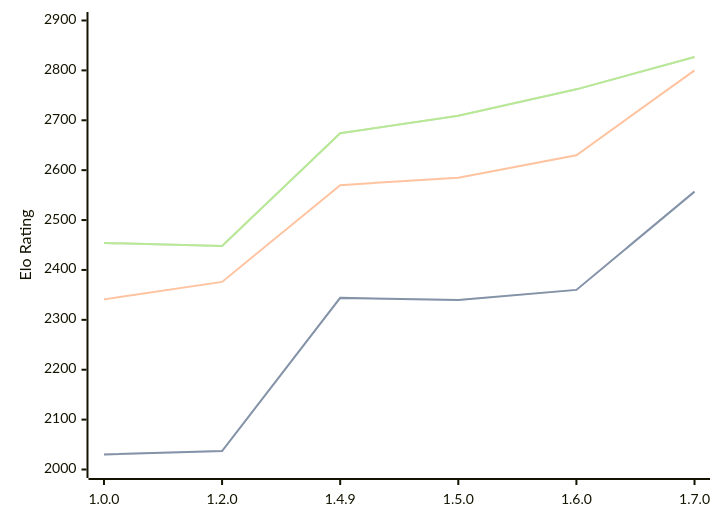
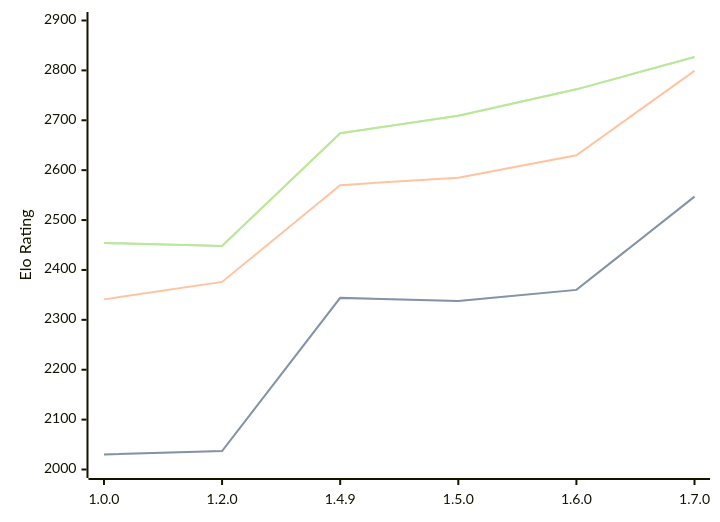
Before and after one commit to computer-chess-index/cci: the first of 3 diagrams in engines/Basilisk.md, drawn with Mermaid. The commit also changed other lines of this file, not shown here.

````diff
--- a/engines/Basilisk.md
+++ b/engines/Basilisk.md
@@ -50,11 +50,11 @@
 ```mermaid
 %%{init: {"theme":"base","themeVariables":{"seriesColors:['#a3a3a3','#222221','#faa371']}}}%%
 xychart-beta
   x-axis ["1.0.0", "1.2.0", "1.4.9", "1.5.0", "1.6.0", "1.7.0"]
   y-axis "Elo Rating" 2000 --> 2900
-  line "STC (8.0+0.08s)" [2030, 2037, 2344, 2340, 2360, 2557]
-  line "STC (8.0+0.08s)" [2030, 2037, 2344, 2340, 2360, 2557]
-  line "LTC (60.0+0.60s)" [2341, 2376, 2570, 2585, 2630, 2800]
+  line "STC (8.0+0.08s)" [2030, 2037, 2344, 2338, 2360, 2547]
+  line "STC (8.0+0.08s)" [2030, 2037, 2344, 2338, 2360, 2547]
+  line "LTC (60.0+0.60s)" [2341, 2376, 2570, 2585, 2630, 2799]
   line "VLTC (2m24s+1.12s)" [2454, 2448, 2674, 2709, 2762, 2827]
   line "VLTC (2m24s+1.12s)" [2454, 2448, 2674, 2709, 2762, 2827]
 ```
````
